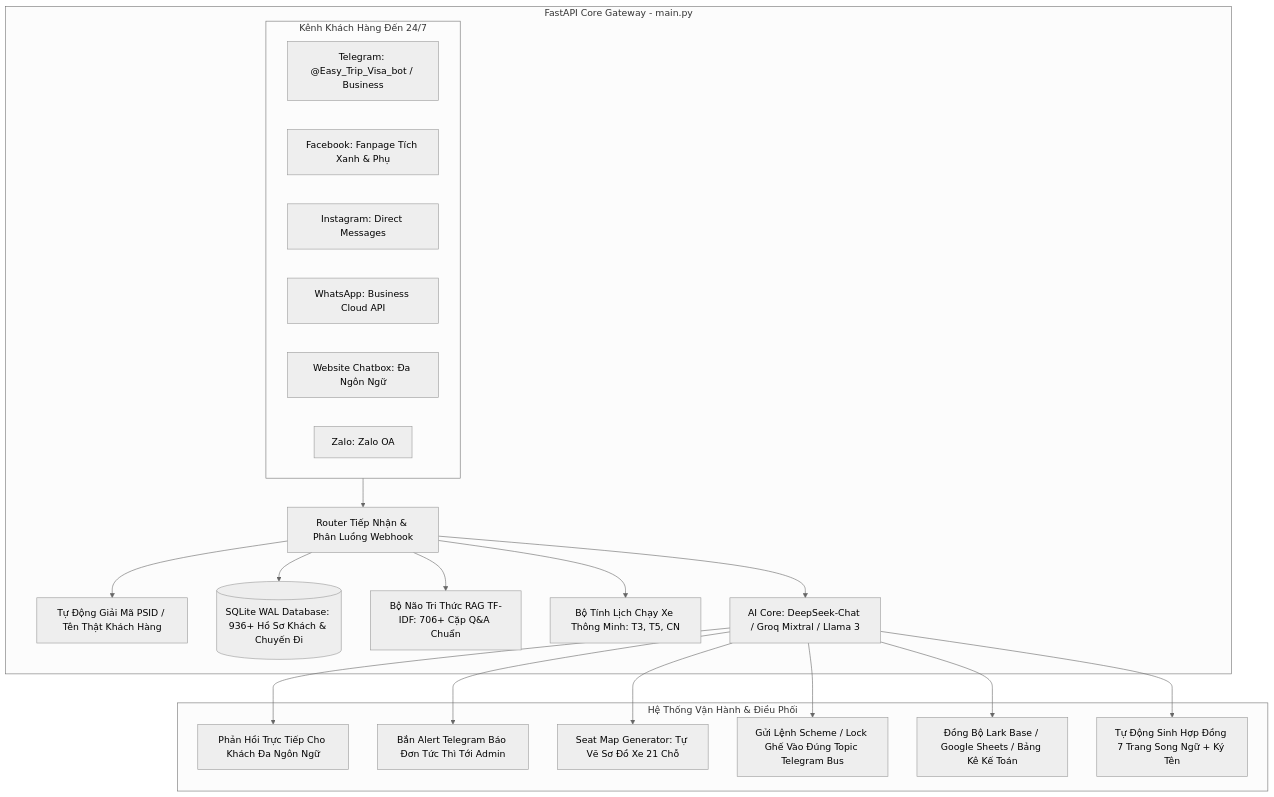
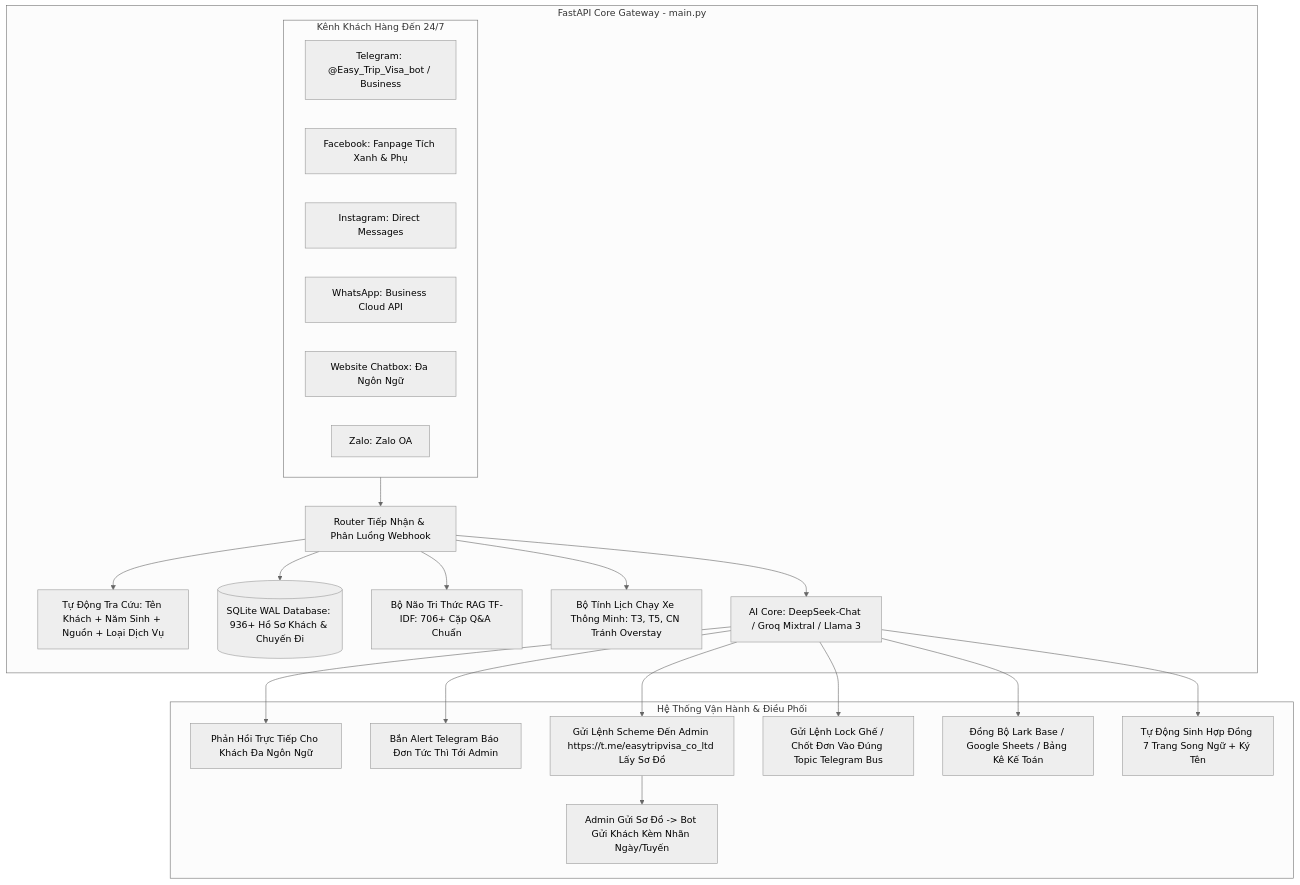
The first of 3 diagrams in docs/QUY_TRINH_HOAT_DONG_TOAN_DIEN_AI_CHATBOT.md (lyhoang280592-maker/chatbot-easytrip), drawn with Mermaid (neutral theme) before and after one commit. The commit also changed other lines of this file and 1 other file, not shown here.

Commit message:
docs: update workflow to v4.1 with Telegram pricing, 21:30 pickup location map link, CRM 4-field lookup and Admin scheme workflow

````diff
--- a/docs/QUY_TRINH_HOAT_DONG_TOAN_DIEN_AI_CHATBOT.md
+++ b/docs/QUY_TRINH_HOAT_DONG_TOAN_DIEN_AI_CHATBOT.md
@@ -27,29 +27,30 @@
 ```mermaid
 flowchart TD
     subgraph INCOMING [Kênh Khách Hàng Đến 24/7]
         TG[Telegram: @Easy_Trip_Visa_bot / Business]
         FB[Facebook: Fanpage Tích Xanh & Phụ]
         IG[Instagram: Direct Messages]
         WA[WhatsApp: Business Cloud API]
         WEB[Website Chatbox: Đa Ngôn Ngữ]
         ZL[Zalo: Zalo OA]
     end
 
     subgraph BACKEND [FastAPI Core Gateway - main.py]
         INCOMING --> GW[Router Tiếp Nhận & Phân Luồng Webhook]
-        GW --> RES[Tự Động Giải Mã PSID / Tên Thật Khách Hàng]
+        GW --> RES[Tự Động Tra Cứu: Tên Khách + Năm Sinh + Nguồn + Loại Dịch Vụ]
         GW --> MEM[(SQLite WAL Database: 936+ Hồ Sơ Khách & Chuyến Đi)]
         GW --> RAG[Bộ Não Tri Thức RAG TF-IDF: 706+ Cặp Q&A Chuẩn]
-        GW --> CAL[Bộ Tính Lịch Chạy Xe Thông Minh: T3, T5, CN]
+        GW --> CAL[Bộ Tính Lịch Chạy Xe Thông Minh: T3, T5, CN Tránh Overstay]
         GW --> LLM[AI Core: DeepSeek-Chat / Groq Mixtral / Llama 3]
     end
 
     subgraph OPERATION [Hệ Thống Vận Hành & Điều Phối]
         LLM --> OUT_CUST[Phản Hồi Trực Tiếp Cho Khách Đa Ngôn Ngữ]
         LLM --> NOTIF[Bắn Alert Telegram Báo Đơn Tức Thì Tới Admin]
-        LLM --> SEAT[Seat Map Generator: Tự Vẽ Sơ Đồ Xe 21 Chỗ]
-        LLM --> BUS_GRP[Gửi Lệnh Scheme / Lock Ghế Vào Đúng Topic Telegram Bus]
+        LLM --> SCHEME_ADMIN[Gửi Lệnh Scheme Đến Admin https://t.me/easytripvisa_co_ltd Lấy Sơ Đồ]
+        SCHEME_ADMIN --> SEAT_FORWARD[Admin Gửi Sơ Đồ -> Bot Gửi Khách Kèm Nhãn Ngày/Tuyến]
+        LLM --> BUS_GRP[Gửi Lệnh Lock Ghế / Chốt Đơn Vào Đúng Topic Telegram Bus]
         LLM --> CRM_SYNC[Đồng Bộ Lark Base / Google Sheets / Bảng Kê Kế Toán]
         LLM --> CONTR[Tự Động Sinh Hợp Đồng 7 Trang Song Ngữ + Ký Tên]
     end
 ```
````
